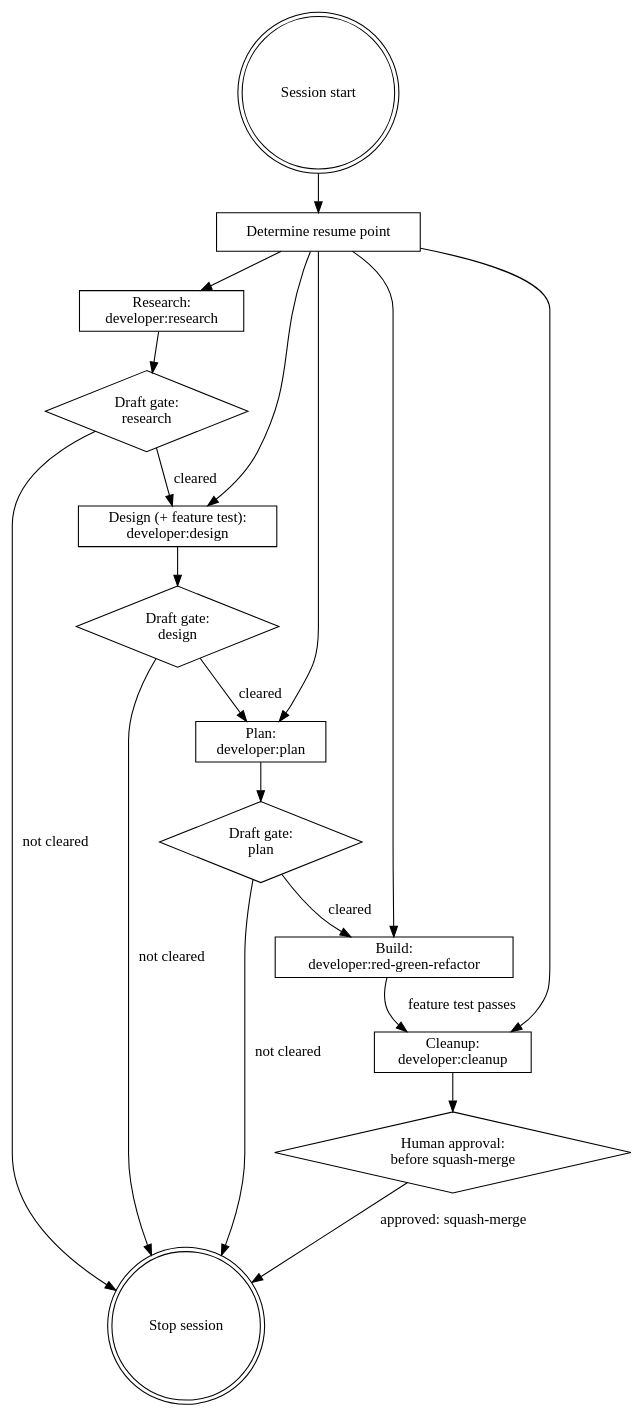
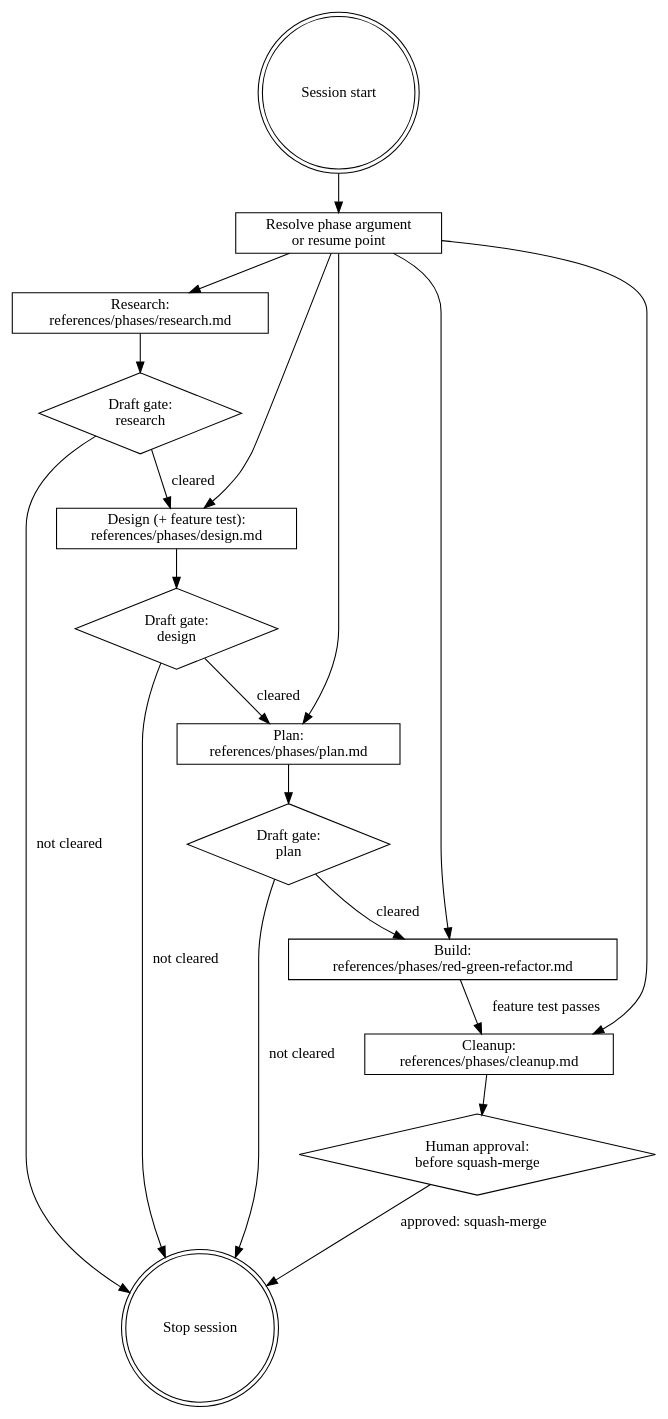
One commit to DavidSouther/domain-driven-design changed the diagram in developer/skills/ailly/SKILL.md. Above: the diagram before and after it, drawn with Graphviz. The commit also changed other lines of this file and 57 other files, not shown here.

First line of the commit message:
feat(developer,research): argument-entered phases + deferred research configuring (Feature C)

````diff
--- a/developer/skills/ailly/SKILL.md
+++ b/developer/skills/ailly/SKILL.md
@@ -37,39 +63,39 @@
 ```dot
 digraph run {
     start [shape=doublecircle label="Session start"];
-    resume [shape=box label="Determine resume point"];
-    research [shape=box label="Research:\ndeveloper:research"];
+    resume [shape=box label="Resolve phase argument\nor resume point"];
+    research [shape=box label="Research:\nreferences/phases/research.md"];
     gate_research [shape=diamond label="Draft gate:\nresearch"];
-    design [shape=box label="Design (+ feature test):\ndeveloper:design"];
+    design [shape=box label="Design (+ feature test):\nreferences/phases/design.md"];
     gate_design [shape=diamond label="Draft gate:\ndesign"];
-    planning [shape=box label="Plan:\ndeveloper:plan"];
+    planning [shape=box label="Plan:\nreferences/phases/plan.md"];
     gate_plan [shape=diamond label="Draft gate:\nplan"];
-    rgr [shape=box label="Build:\ndeveloper:red-green-refactor"];
-    cleanup [shape=box label="Cleanup:\ndeveloper:cleanup"];
+    rgr [shape=box label="Build:\nreferences/phases/red-green-refactor.md"];
+    cleanup [shape=box label="Cleanup:\nreferences/phases/cleanup.md"];
     gate_merge [shape=diamond label="Human approval:\nbefore squash-merge"];
     stop [shape=doublecircle label="Stop session"];
 
     start -> resume;
     resume -> research;
     resume -> design;
     resume -> planning;
     resume -> rgr;
     resume -> cleanup;
 
     research -> gate_research;
     gate_research -> stop [label="not cleared"];
     gate_research -> design [label="cleared"];
 
     design -> gate_design;
     gate_design -> stop [label="not cleared"];
     gate_design -> planning [label="cleared"];
 
     planning -> gate_plan;
     gate_plan -> stop [label="not cleared"];
     gate_plan -> rgr [label="cleared"];
 
     rgr -> cleanup [label="feature test passes"];
     cleanup -> gate_merge;
     gate_merge -> stop [label="approved: squash-merge"];
 }
 ```
````
